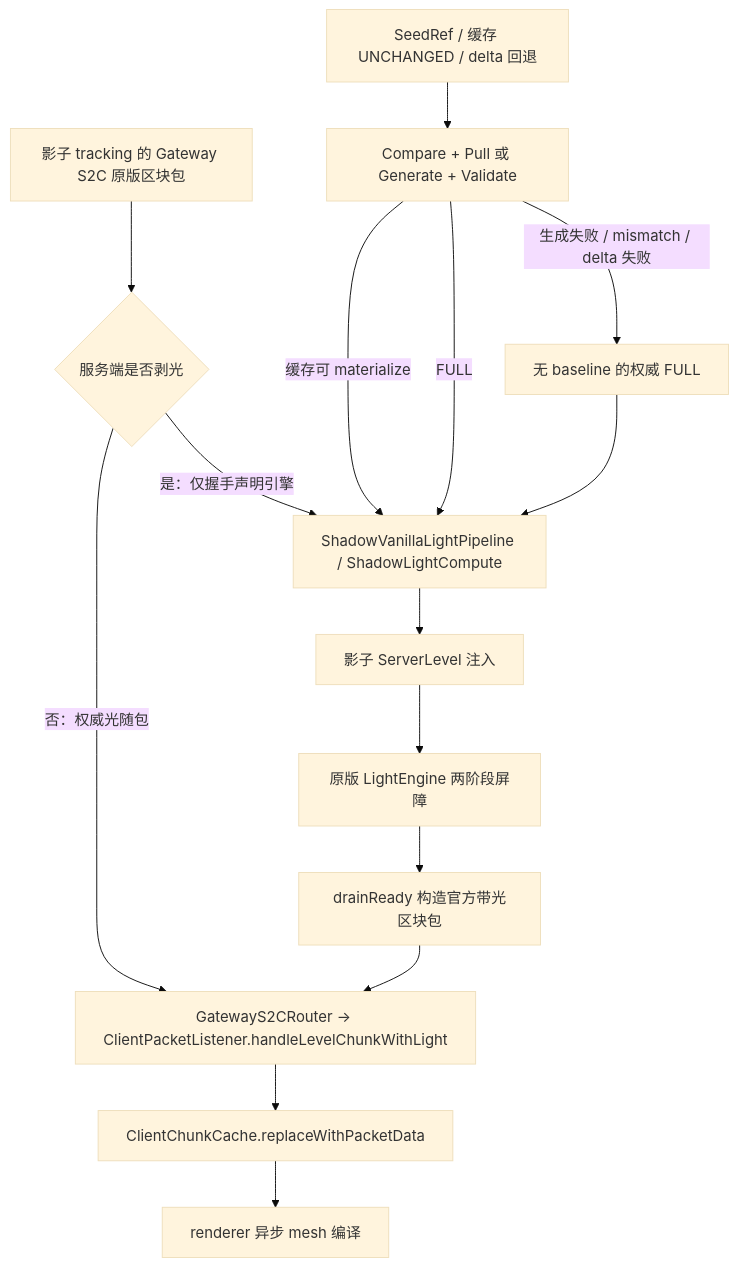
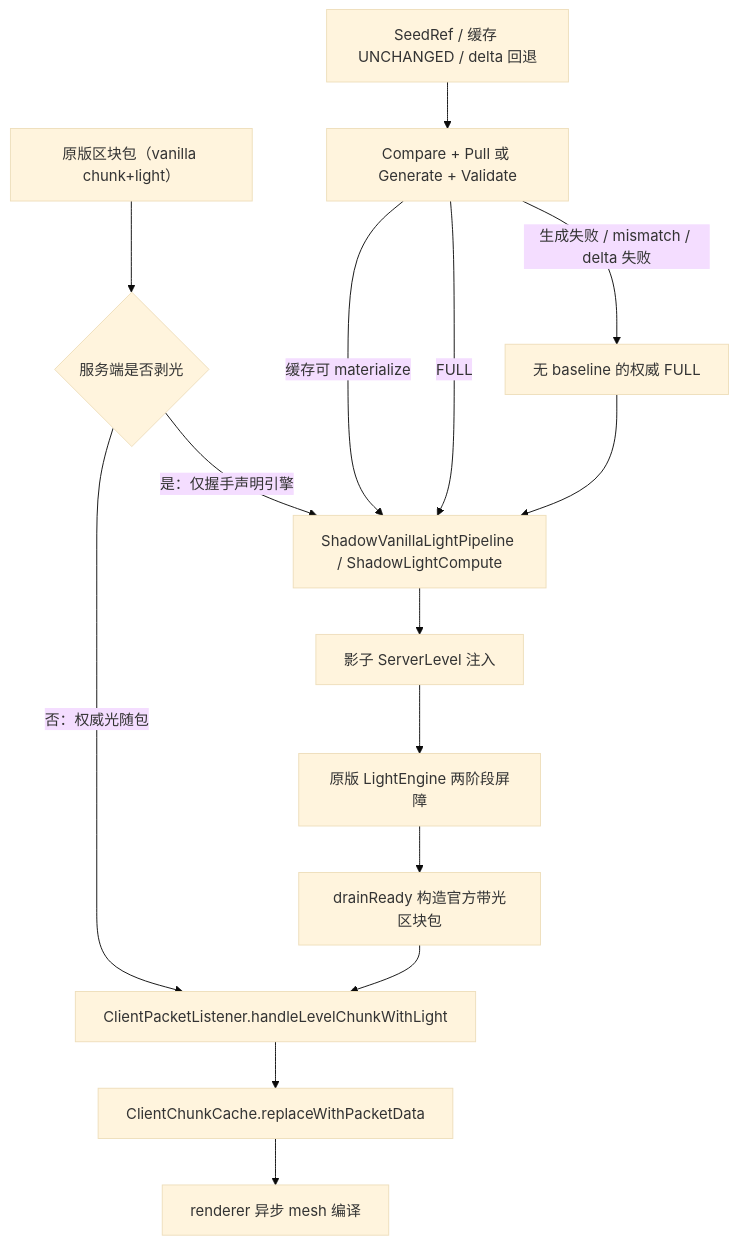
Before and after one commit to limuqy/Hassium: the diagram in docs/client-chunk-light-flow.md, drawn with Mermaid (base theme). The commit also changed other lines of this file and 38 other files, not shown here.

````diff
--- a/docs/client-chunk-light-flow.md
+++ b/docs/client-chunk-light-flow.md
@@ -17,17 +17,17 @@
 ```mermaid
 flowchart TD
-    A["影子 tracking 的 Gateway S2C 原版区块包"] --> B{"服务端是否剥光"}
-    B -- "否：权威光随包" --> C["GatewayS2CRouter → ClientPacketListener.handleLevelChunkWithLight"]
+    A["原版区块包（vanilla chunk+light）"] --> B{"服务端是否剥光"}
+    B -- "否：权威光随包" --> C["ClientPacketListener.handleLevelChunkWithLight"]
     B -- "是：仅握手声明引擎" --> D["ShadowVanillaLightPipeline / ShadowLightCompute"]
     D --> E["影子 ServerLevel 注入"]
     E --> F["原版 LightEngine 两阶段屏障"]
     F --> G["drainReady 构造官方带光区块包"]
     G --> C
     H["SeedRef / 缓存 UNCHANGED / delta 回退"] --> I["Compare + Pull 或 Generate + Validate"]
     I -- "缓存可 materialize" --> D
     I -- "FULL" --> D
     I -- "生成失败 / mismatch / delta 失败" --> J["无 baseline 的权威 FULL"]
     J --> D
     C --> K["ClientChunkCache.replaceWithPacketData"]
     K --> L["renderer 异步 mesh 编译"]
 ```
````
